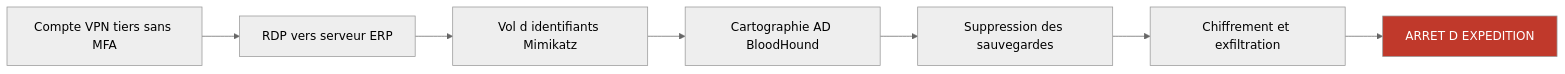
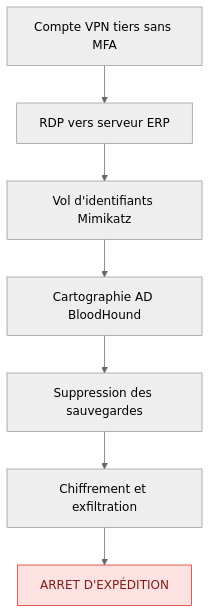
One commit to Gooseppr/GevOps_LC changed the first of 2 diagrams in courses/reseaux-cybersecurite/25_risques_gouvernance.md. Above: the diagram before and after it, drawn with Mermaid (neutral theme). The commit also changed other lines of this file and 56 other files, not shown here.

````diff
--- a/courses/reseaux-cybersecurite/25_risques_gouvernance.md
+++ b/courses/reseaux-cybersecurite/25_risques_gouvernance.md
@@ -75,10 +75,10 @@
 ```mermaid
-flowchart LR
+flowchart TD
     A[Compte VPN tiers sans MFA] --> B[RDP vers serveur ERP]
-    B --> C[Vol d identifiants Mimikatz]
+    B --> C[Vol d'identifiants Mimikatz]
     C --> D[Cartographie AD BloodHound]
     D --> E[Suppression des sauvegardes]
     E --> F[Chiffrement et exfiltration]
-    F --> G[ARRET D EXPEDITION]
-    style G fill:#c0392b,color:#fff
+    F --> G[ARRET D'EXPÉDITION]
+    style G fill:#fee2e2,stroke:#dc2626,color:#7f1d1d
 ```
````
